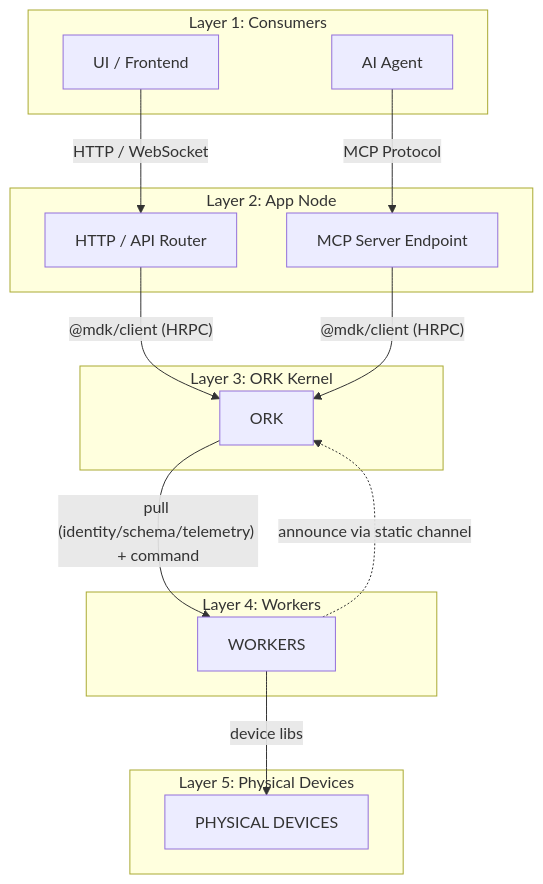
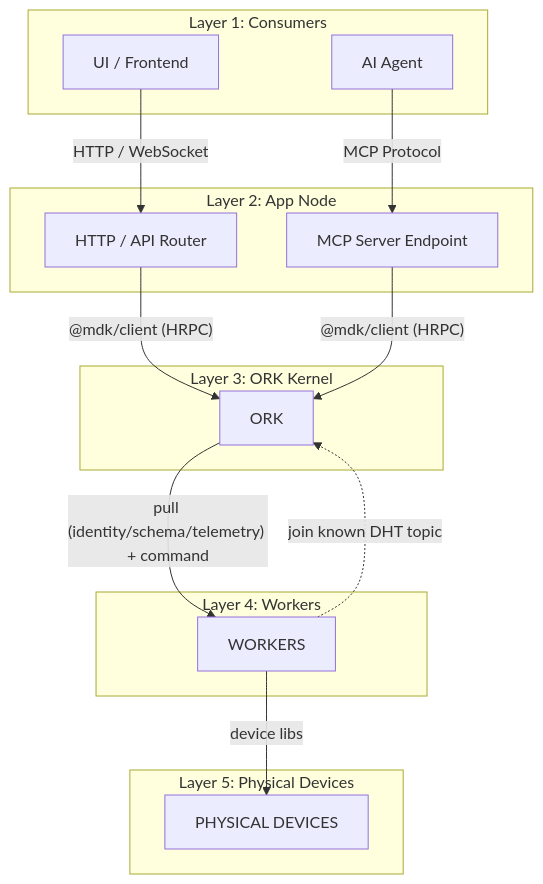
The first of 13 diagrams in docs/hld.md (Gio-Galt/mdk-be), drawn with Mermaid before and after one commit. The commit also changed other lines of this file, not shown here.

Commit message:
Use DHT rather than HS Announce RPC

````diff
--- a/docs/hld.md
+++ b/docs/hld.md
@@ -24,32 +24,32 @@
 ```mermaid
 graph TB
     subgraph L1["Layer 1: Consumers"]
         UI["UI / Frontend"]
         AI["AI Agent"]
     end
 
     subgraph L2["Layer 2: App Node"]
         WebApp["HTTP / API Router"]
         MCPServer["MCP Server Endpoint"]
     end
 
     subgraph L3["Layer 3: ORK Kernel"]
         ORK["ORK"]
     end
 
     subgraph L4["Layer 4: Workers"]
         Workers["WORKERS"]
     end
 
     subgraph L5["Layer 5: Physical Devices"]
         Devices["PHYSICAL DEVICES"]
     end
 
     UI -->|"HTTP / WebSocket"| WebApp
     AI -->|"MCP Protocol"| MCPServer
     WebApp -->|"@mdk/client (HRPC)"| ORK
     MCPServer -->|"@mdk/client (HRPC)"| ORK
-    Workers -.->|"announce via static channel"| ORK
+    Workers -.->|"join known DHT topic"| ORK
     ORK -->|"pull (identity/schema/telemetry) + command"| Workers
     Workers -->|"device libs"| Devices
 ```
````
